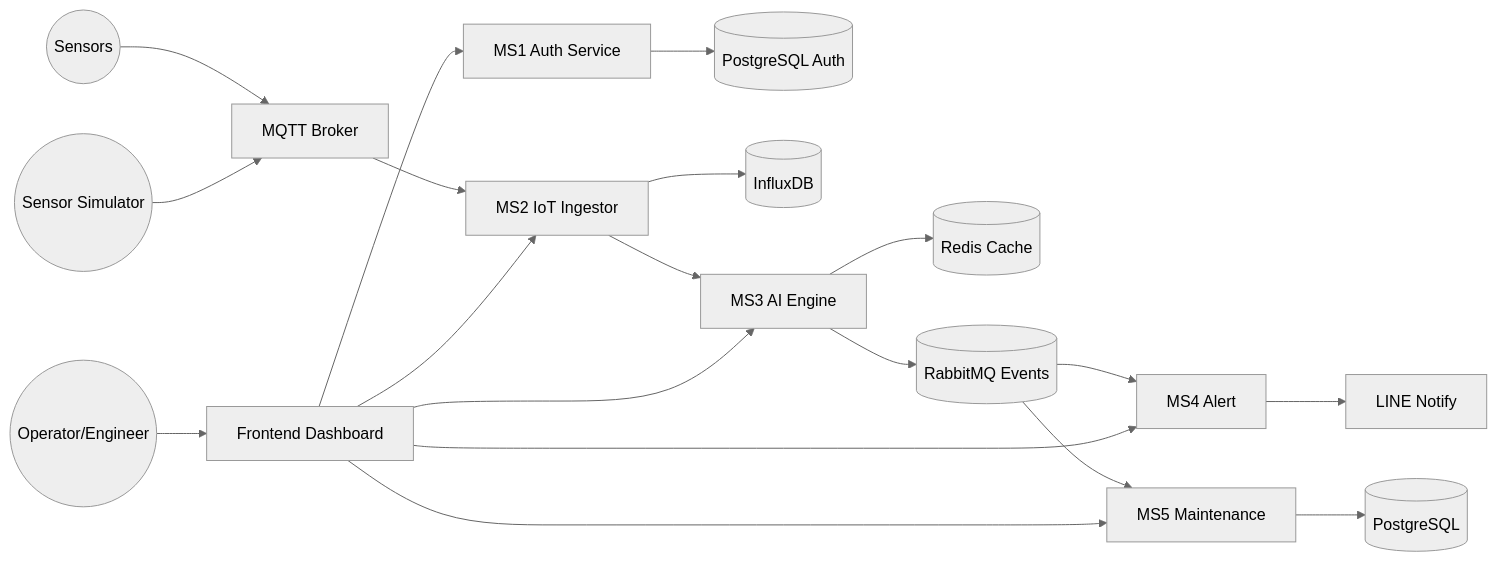
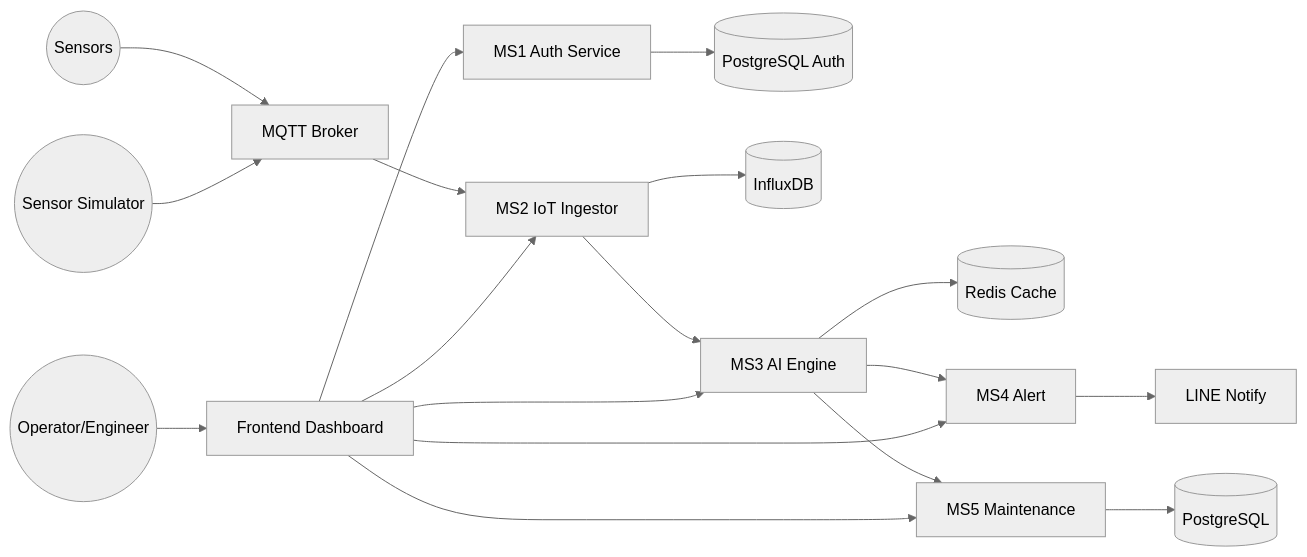
Before and after one commit to thidaruttd97gooddaygoodlife/omnivigil_project: the diagram in docs/architecture.md, drawn with Mermaid (neutral theme). The commit also changed other lines of this file and 9 other files, not shown here.

````diff
--- a/docs/architecture.md
+++ b/docs/architecture.md
@@ -4,22 +4,21 @@
 ```mermaid
 flowchart LR
     User((Operator/Engineer)) --> FE[Frontend Dashboard]
     FE --> MS1[MS1 Auth Service]
     MS1 --> AuthDB[(PostgreSQL Auth)]
 
     Sensors((Sensors)) --> MQTT[MQTT Broker]
     Simulator((Sensor Simulator)) --> MQTT
     MQTT --> MS2[MS2 IoT Ingestor]
     MS2 --> InfluxDB[(InfluxDB)]
     MS2 --> MS3[MS3 AI Engine]
     MS3 --> Redis[(Redis Cache)]
-    MS3 --> RabbitMQ[(RabbitMQ Events)]
-    RabbitMQ --> MS4[MS4 Alert]
-    RabbitMQ --> MS5[MS5 Maintenance]
+    MS3 --> MS4[MS4 Alert]
+    MS3 --> MS5[MS5 Maintenance]
     MS4 --> LINE[LINE Notify]
     MS5 --> Postgres[(PostgreSQL)]
     FE --> MS2
     FE --> MS3
     FE --> MS4
     FE --> MS5
 ```
````
